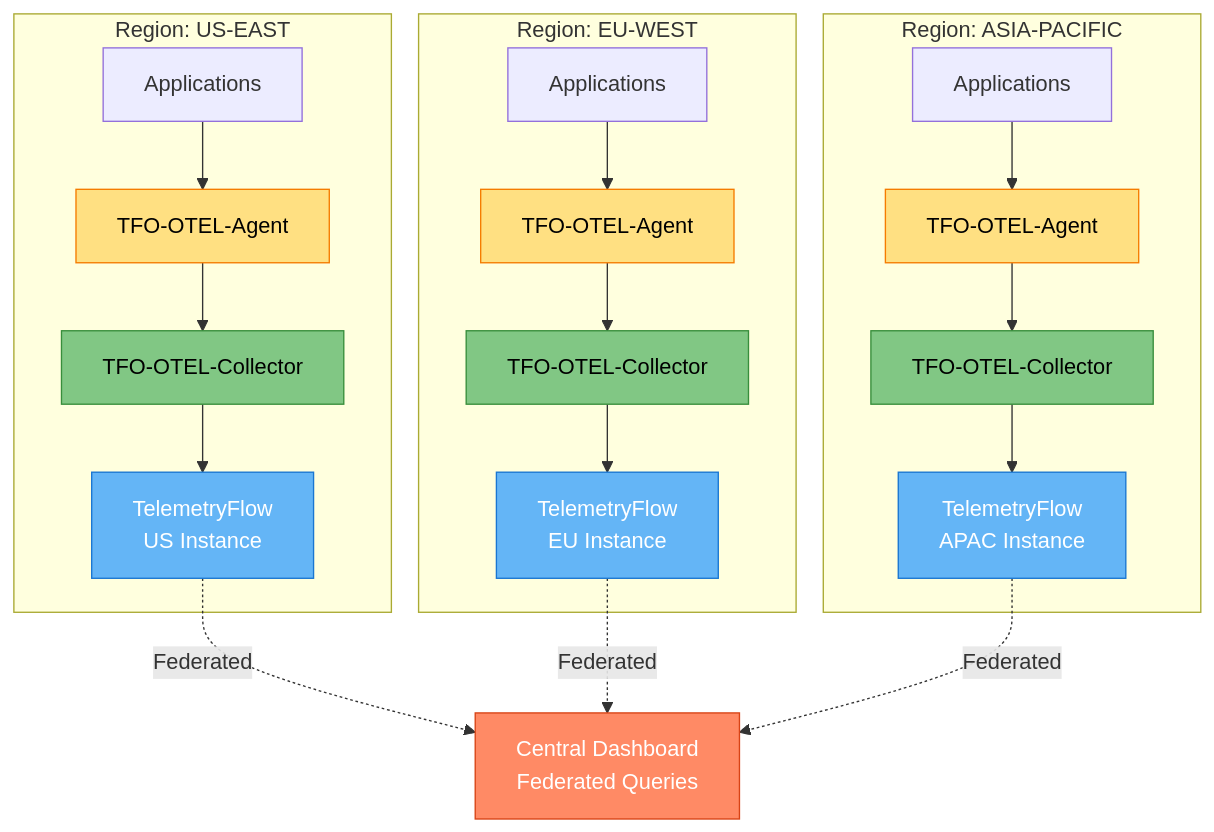
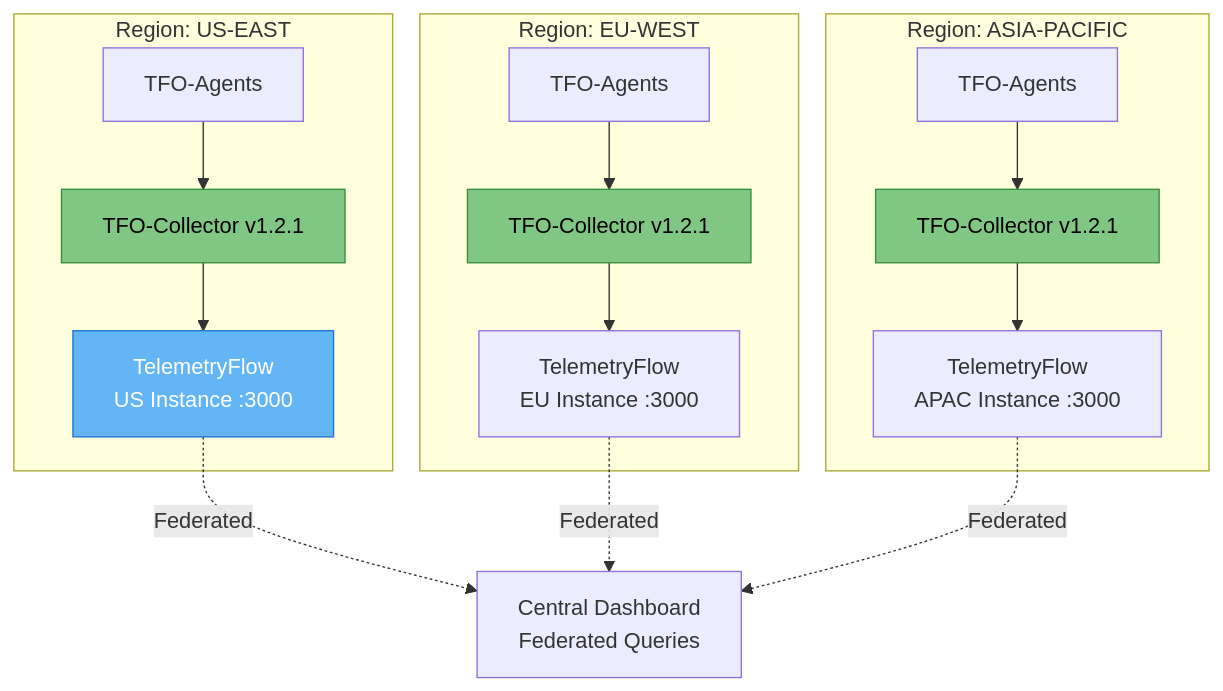
One commit to telemetryflow/telemetryflow-overview changed the third of 4 diagrams in tfo-otel/DEPLOYMENT.md. Above: the diagram before and after it, drawn with Mermaid. The commit also changed other lines of this file and 68 other files, not shown here.

Commit message:
feat: TFO Overview Update, TFO Platform v1.4.0

````diff
--- a/tfo-otel/DEPLOYMENT.md
+++ b/tfo-otel/DEPLOYMENT.md
@@ -742,37 +487,27 @@
 ```mermaid
 graph TB
     subgraph REGION1[Region: US-EAST]
-        APPS1[Applications] --> AGENT1[TFO-OTEL-Agent]
-        AGENT1 --> COLLECTOR1[TFO-OTEL-Collector]
-        COLLECTOR1 --> PLATFORM1[TelemetryFlow<br/>US Instance]
+        AGENT1[TFO-Agents] --> COLLECTOR1[TFO-Collector v1.2.1]
+        COLLECTOR1 --> PLATFORM1[TelemetryFlow<br/>US Instance :3000]
     end
 
     subgraph REGION2[Region: EU-WEST]
-        APPS2[Applications] --> AGENT2[TFO-OTEL-Agent]
-        AGENT2 --> COLLECTOR2[TFO-OTEL-Collector]
-        COLLECTOR2 --> PLATFORM2[TelemetryFlow<br/>EU Instance]
+        AGENT2[TFO-Agents] --> COLLECTOR2[TFO-Collector v1.2.1]
+        COLLECTOR2 --> PLATFORM2[TelemetryFlow<br/>EU Instance :3000]
     end
 
     subgraph REGION3[Region: ASIA-PACIFIC]
-        APPS3[Applications] --> AGENT3[TFO-OTEL-Agent]
-        AGENT3 --> COLLECTOR3[TFO-OTEL-Collector]
-        COLLECTOR3 --> PLATFORM3[TelemetryFlow<br/>APAC Instance]
+        AGENT3[TFO-Agents] --> COLLECTOR3[TFO-Collector v1.2.1]
+        COLLECTOR3 --> PLATFORM3[TelemetryFlow<br/>APAC Instance :3000]
     end
 
     CENTRAL[Central Dashboard<br/>Federated Queries]
-
     PLATFORM1 -.->|Federated| CENTRAL
     PLATFORM2 -.->|Federated| CENTRAL
     PLATFORM3 -.->|Federated| CENTRAL
 
-    style AGENT1 fill:#FFE082,stroke:#F57C00,color:#000
-    style AGENT2 fill:#FFE082,stroke:#F57C00,color:#000
-    style AGENT3 fill:#FFE082,stroke:#F57C00,color:#000
     style COLLECTOR1 fill:#81C784,stroke:#388E3C,color:#000
     style COLLECTOR2 fill:#81C784,stroke:#388E3C,color:#000
     style COLLECTOR3 fill:#81C784,stroke:#388E3C,color:#000
     style PLATFORM1 fill:#64B5F6,stroke:#1976D2,color:#fff
-    style PLATFORM2 fill:#64B5F6,stroke:#1976D2,color:#fff
-    style PLATFORM3 fill:#64B5F6,stroke:#1976D2,color:#fff
-    style CENTRAL fill:#FF8A65,stroke:#D84315,color:#fff
 ```
````
